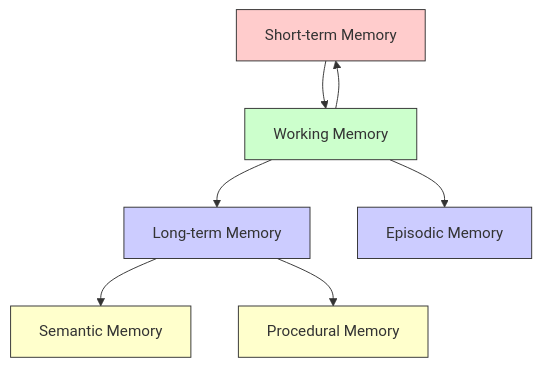
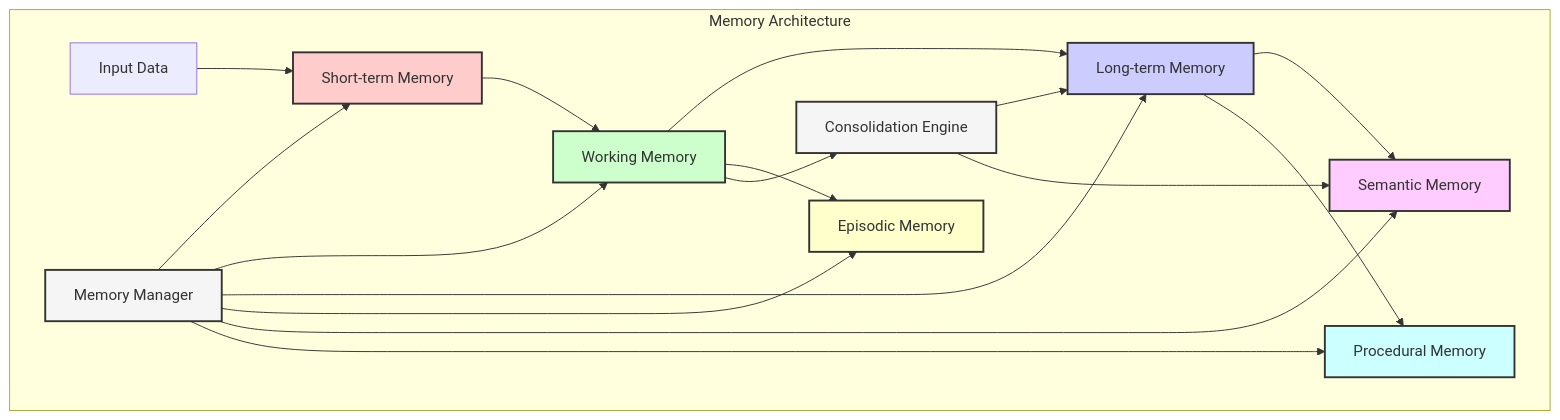
Before and after one commit to Vortx-AI/memories-dev: the first of 4 diagrams in docs/source/memory_architecture/index.rst, drawn with Mermaid. The commit also changed other lines of this file and 2 other files, not shown here.

```diff
--- a/docs/source/memory_architecture/index.rst
+++ b/docs/source/memory_architecture/index.rst
@@ -135,20 +113,32 @@
 .. mermaid::
 
-   flowchart TD
-       S[Short-term Memory] --> W[Working Memory]
-       W --> L[Long-term Memory]
-       W --> E[Episodic Memory]
-       W --> S
+   graph TB
+       subgraph "Memory Architecture"
+           A[Input Data] --> B[Short-term Memory]
+           B --> C[Working Memory]
+           C --> D[Long-term Memory]
+           
+           C --> E[Episodic Memory]
+           D --> F[Semantic Memory]
+           D --> G[Procedural Memory]
+           
+           H[Memory Manager] --> B
+           H --> C
+           H --> D
+           H --> E
+           H --> F
+           H --> G
+           
+           I[Consolidation Engine] --> D
+           I --> F
+           C --> I
+       end
        
-       L --> SM[Semantic Memory]
-       L --> PM[Procedural Memory]
-       
-       classDef shortTerm fill:#ffcccc,stroke:#333,stroke-width:1px;
-       classDef workingMem fill:#ccffcc,stroke:#333,stroke-width:1px;
-       classDef longTerm fill:#ccccff,stroke:#333,stroke-width:1px;
-       classDef specialized fill:#ffffcc,stroke:#333,stroke-width:1px;
-       
-       class S shortTerm;
-       class W workingMem;
-       class L,E longTerm;
-       class SM,PM specialized;
+       style B fill:#ffcccc,stroke:#333,stroke-width:2px
+       style C fill:#ccffcc,stroke:#333,stroke-width:2px
+       style D fill:#ccccff,stroke:#333,stroke-width:2px
+       style E fill:#ffffcc,stroke:#333,stroke-width:2px
+       style F fill:#ffccff,stroke:#333,stroke-width:2px
+       style G fill:#ccffff,stroke:#333,stroke-width:2px
+       style H fill:#f5f5f5,stroke:#333,stroke-width:2px
+       style I fill:#f5f5f5,stroke:#333,stroke-width:2px
```
